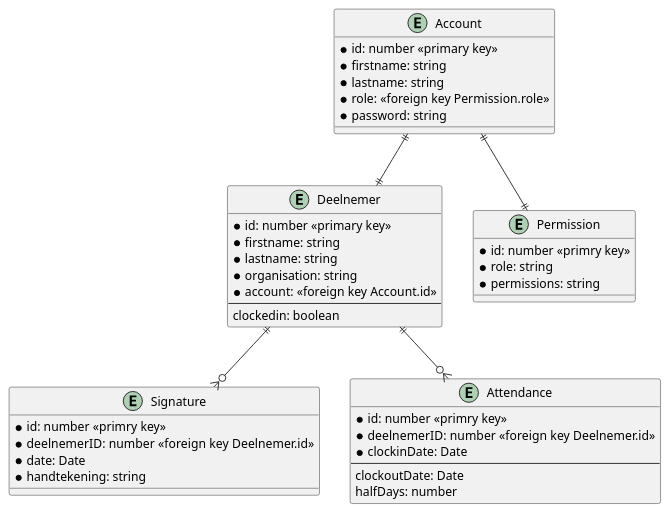
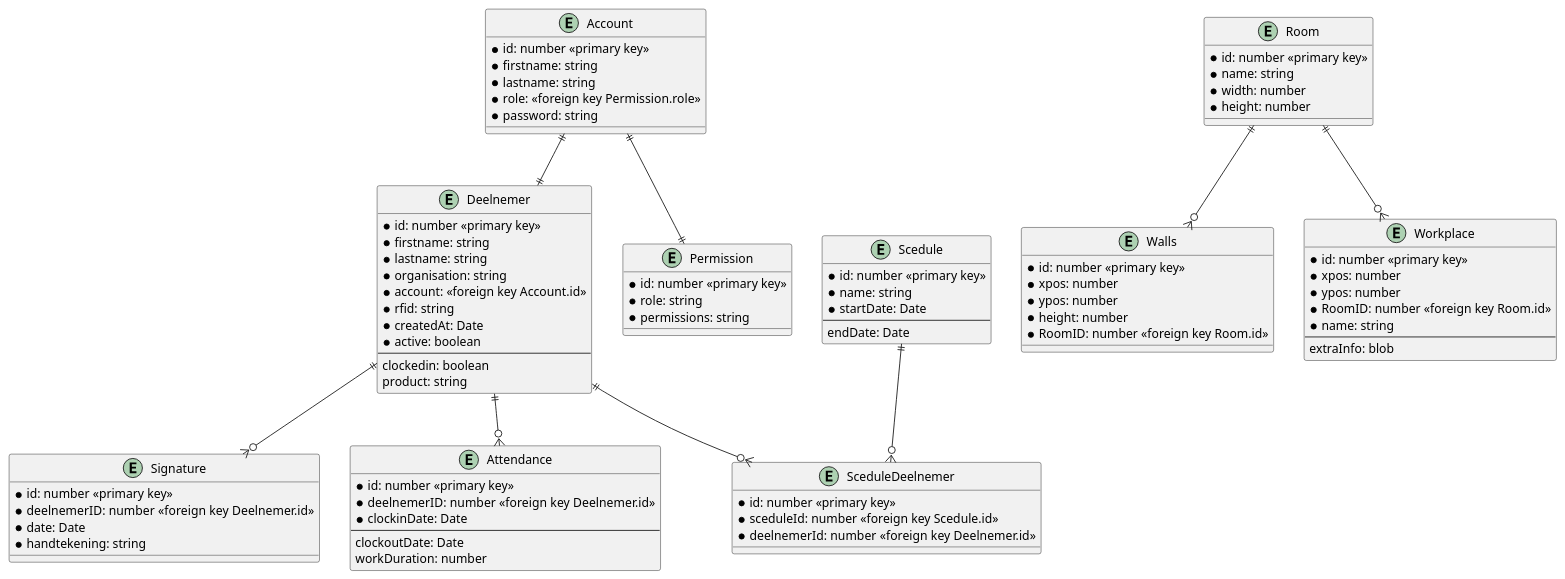
The diagram in documentation/databasemodel.plantuml (BitsEnBytesICT/Bits-Bytes-management-platform), drawn with PlantUML before and after one commit. The commit also changed 4 other files, not shown here.

Commit message:
added deployment test and updated erd model

```diff
--- a/documentation/databasemodel.plantuml
+++ b/documentation/databasemodel.plantuml
@@ -1,47 +1,94 @@
 @startuml
 
 entity Account {
     * id: number <<primary key>>
     * firstname: string
     * lastname: string
     * role: <<foreign key Permission.role>>
     * password: string
 }
 
 entity Deelnemer {
     * id: number <<primary key>>
     * firstname: string
     * lastname: string
     * organisation: string
     * account: <<foreign key Account.id>>
+    * rfid: string
+    * createdAt: Date
+    * active: boolean
     --
     clockedin: boolean
+    product: string
 }
 
 entity Signature {
-    * id: number <<primry key>>
+    * id: number <<primary key>>
     * deelnemerID: number <<foreign key Deelnemer.id>>
     * date: Date
     * handtekening: string
 }
 
 entity Attendance {
-    * id: number <<primry key>>
+    * id: number <<primary key>>
     * deelnemerID: number <<foreign key Deelnemer.id>>
     * clockinDate: Date
     --
     clockoutDate: Date
-    halfDays: number
+    workDuration: number
 }
 
 entity Permission {
-    * id: number <<primry key>>
+    * id: number <<primary key>>
     * role: string
     * permissions: string
+}
+
+entity Room {
+    * id: number <<primary key>>
+    * name: string
+    * width: number
+    * height: number
+}
+
+entity Walls {
+    * id: number <<primary key>>
+    * xpos: number
+    * ypos: number
+    * height: number
+    * RoomID: number <<foreign key Room.id>>
+}
+
+entity Workplace {
+    * id: number <<primary key>>
+    * xpos: number
+    * ypos: number
+    * RoomID: number <<foreign key Room.id>>
+    * name: string
+    --
+    extraInfo: blob
+}
+
+entity Scedule {
+    * id: number <<primary key>>
+    * name: string
+    * startDate: Date
+    --
+    endDate: Date
+}
+
+entity SceduleDeelnemer {
+    * id: number <<primary key>>
+    * sceduleId: number <<foreign key Scedule.id>>
+    * deelnemerId: number <<foreign key Deelnemer.id>>
 }
 
 Account ||--|| Permission
 Account ||--|| Deelnemer
 Deelnemer ||--o{ Signature
 Deelnemer ||--o{ Attendance
+Deelnemer ||--o{ SceduleDeelnemer
+Scedule ||--o{ SceduleDeelnemer
+Room ||--o{ Walls
+Room ||--o{ Workplace
 @enduml
```
